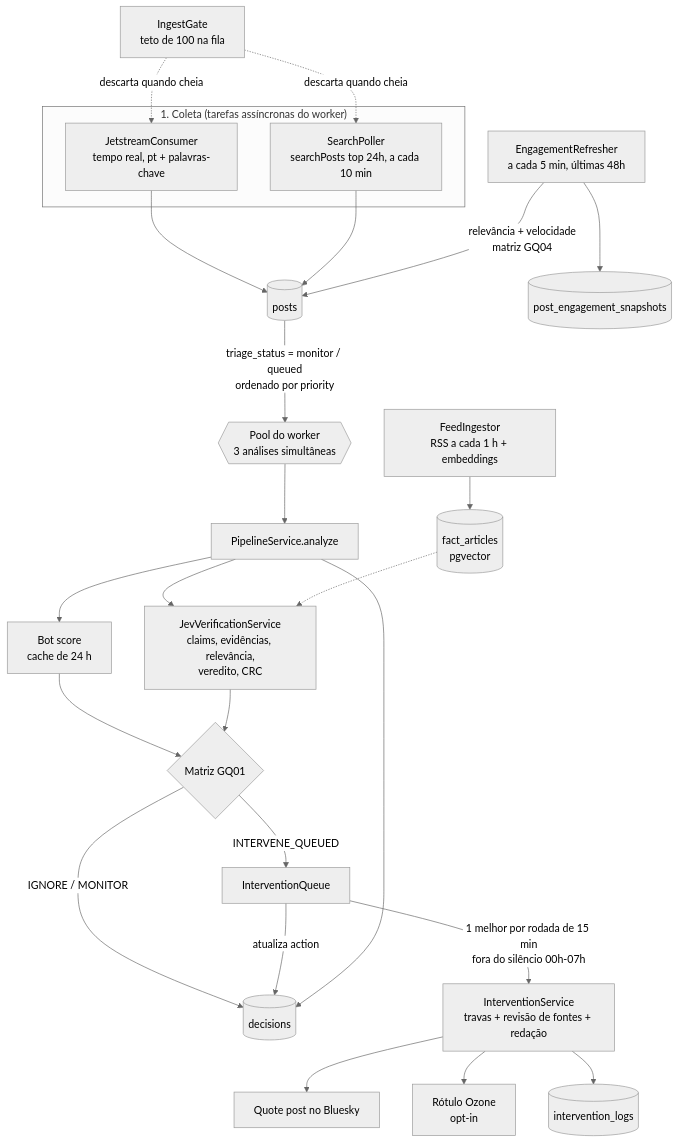
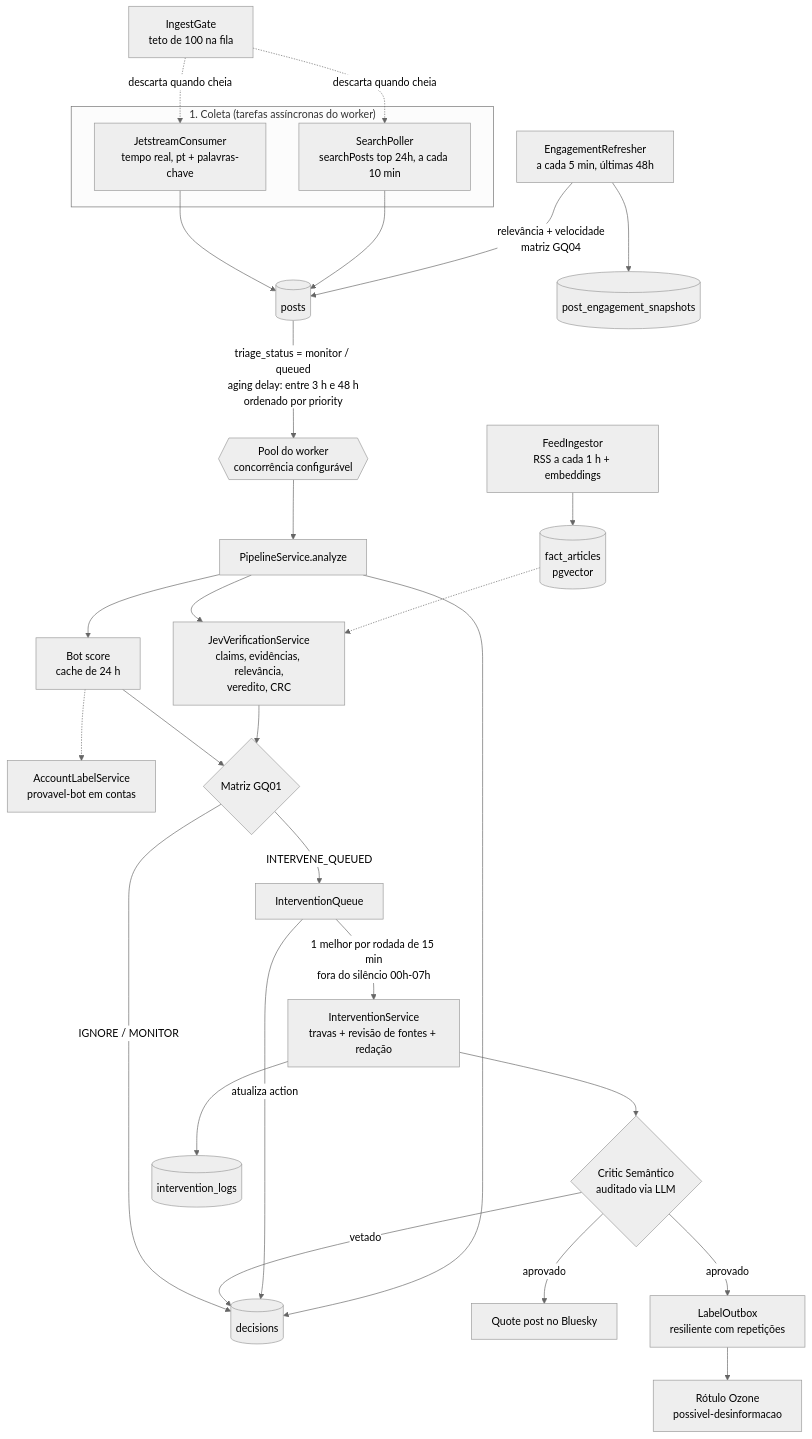
One commit to moonshinerd/ContrarIA changed the second of 4 diagrams in docs/arquitetura/index.md. Above: the diagram before and after it, drawn with Mermaid (neutral theme). The commit also changed other lines of this file and 8 other files, not shown here.

````diff
--- a/docs/arquitetura/index.md
+++ b/docs/arquitetura/index.md
@@ -63,32 +65,36 @@
 ```mermaid
 flowchart TD
     subgraph Coleta["1. Coleta (tarefas assíncronas do worker)"]
         J1[JetstreamConsumer<br/>tempo real, pt + palavras-chave]
         J2[SearchPoller<br/>searchPosts top 24h, a cada 10 min]
     end
     J1 --> POSTS[(posts)]
     J2 --> POSTS
 
     ER[EngagementRefresher<br/>a cada 5 min, últimas 48h] --> SNAP[(post_engagement_snapshots)]
     ER -- relevância + velocidade<br/>matriz GQ04 --> POSTS
 
-    POSTS -- triage_status = monitor / queued<br/>ordenado por priority --> LOOP{{Pool do worker<br/>3 análises simultâneas}}
+    POSTS -- triage_status = monitor / queued<br/>aging delay: entre 3 h e 48 h<br/>ordenado por priority --> LOOP{{Pool do worker<br/>concorrência configurável}}
     GATE[IngestGate<br/>teto de 100 na fila] -. descarta quando cheia .-> J1
     GATE -. descarta quando cheia .-> J2
     RSSJ[FeedIngestor<br/>RSS a cada 1 h + embeddings] --> FA[(fact_articles<br/>pgvector)]
 
     LOOP --> PIPE[PipelineService.analyze]
     PIPE --> BOT[Bot score<br/>cache de 24 h]
+    BOT -.-> ACC[AccountLabelService<br/>provavel-bot em contas]
     PIPE --> VER[JevVerificationService<br/>claims, evidências, relevância,<br/>veredito, CRC]
     FA -.-> VER
     BOT --> GQ01{Matriz GQ01}
     VER --> GQ01
     GQ01 -- IGNORE / MONITOR --> LOG[(decisions)]
     GQ01 -- INTERVENE_QUEUED --> Q[InterventionQueue]
     Q -- 1 melhor por rodada de 15 min<br/>fora do silêncio 00h-07h --> INT[InterventionService<br/>travas + revisão de fontes + redação]
-    INT --> QP[Quote post no Bluesky]
-    INT --> LAB[Rótulo Ozone<br/>opt-in]
+    INT --> CRIT{Critic Semântico<br/>auditado via LLM}
+    CRIT -- vetado --> LOG
+    CRIT -- aprovado --> QP[Quote post no Bluesky]
+    CRIT -- aprovado --> OB[LabelOutbox<br/>resiliente com repetições]
+    OB --> LAB[Rótulo Ozone<br/>possivel-desinformacao]
     INT --> IL[(intervention_logs)]
     Q -- atualiza action --> LOG
     PIPE --> LOG
 ```
````
